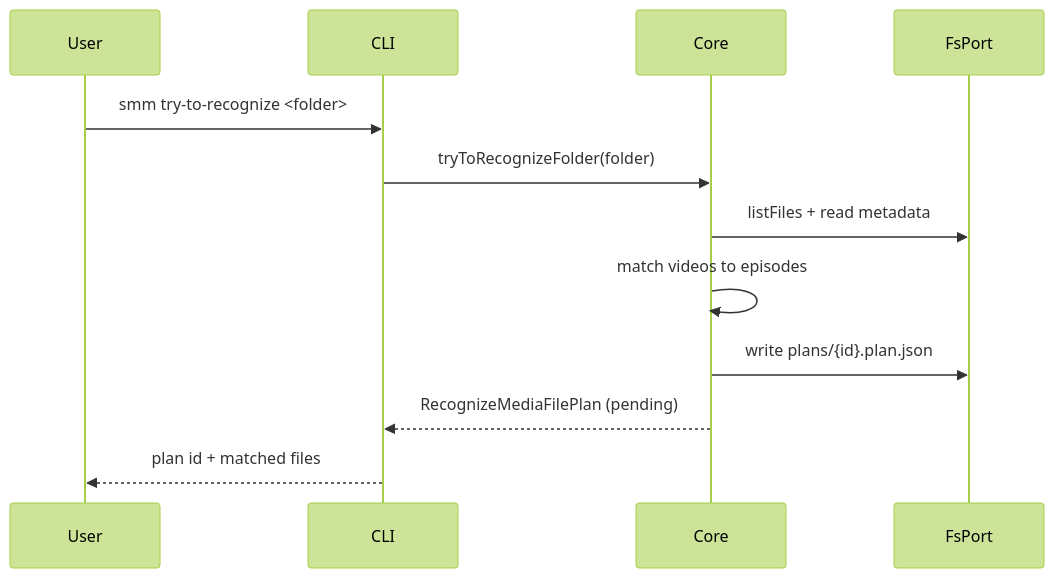
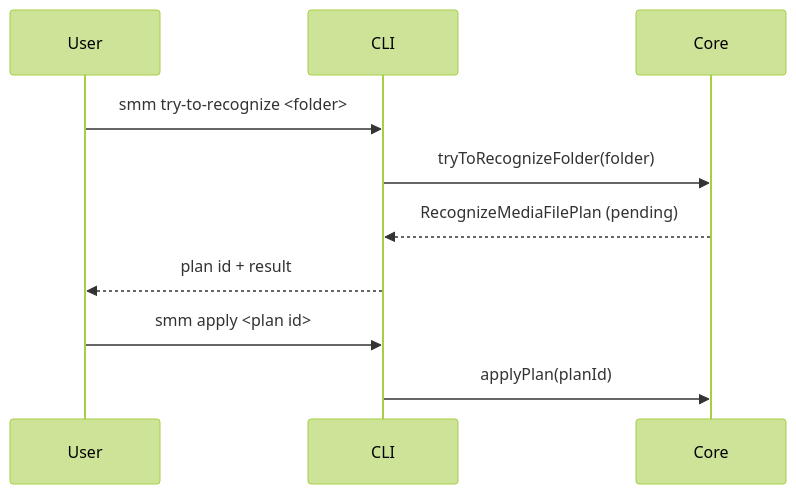
Before and after one commit to lawrenceching/SMM: the first of 2 diagrams in docs/dev/recognize.md, drawn with Mermaid (forest theme). The commit also changed other lines of this file and 2 other files, not shown here.

````diff
--- a/docs/dev/recognize.md
+++ b/docs/dev/recognize.md
@@ -13,15 +13,13 @@
 ```mermaid
 sequenceDiagram
   participant User
   participant CLI
   participant Core
-  participant Fs as FsPort
 
   User->>CLI: smm try-to-recognize <folder>
   CLI->>Core: tryToRecognizeFolder(folder)
-  Core->>Fs: listFiles + read metadata
-  Core->>Core: match videos to episodes
-  Core->>Fs: write plans/{id}.plan.json
   Core-->>CLI: RecognizeMediaFilePlan (pending)
-  CLI-->>User: plan id + matched files
+  CLI-->>User: plan id + result
+  User->>CLI: smm apply <plan id>
+  CLI->>Core: applyPlan(planId)
 ```
````
